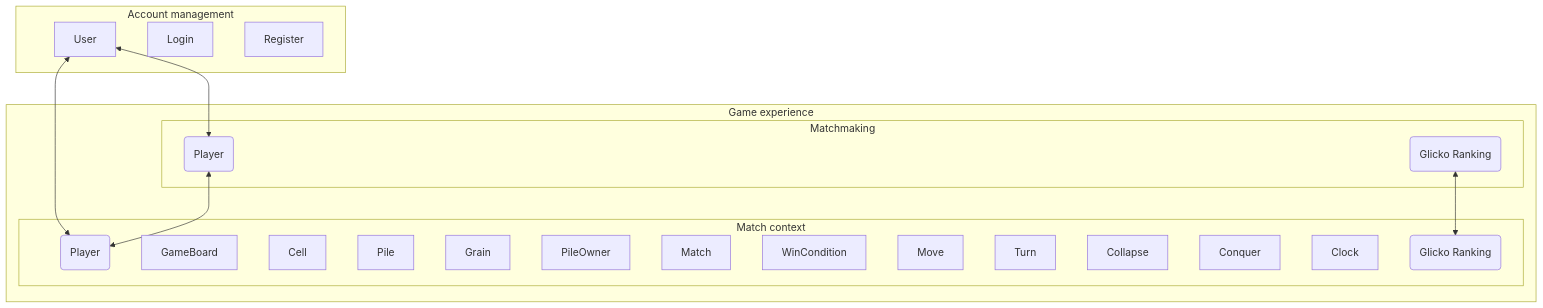
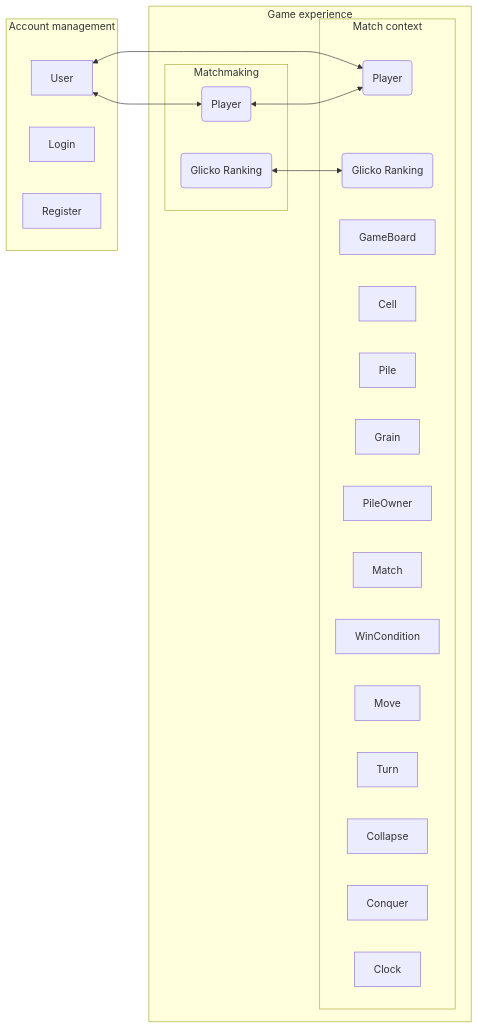
The second of 4 diagrams in docs/report.md (AndreaB2000/ASW-project), drawn with Mermaid before and after one commit. The commit also changed other lines of this file, not shown here.

Commit message:
docs: change mermaid graph to LR graph, add hexagonal architecture dependency graph, add some detailed domain

````diff
--- a/docs/report.md
+++ b/docs/report.md
@@ -192,33 +192,33 @@
 ```mermaid
-graph
+graph LR
    subgraph gameExperience["Game experience"]
       subgraph matchContext["Match context"]
          player1("Player")
+         glickoRanking1("Glicko Ranking")
          GameBoard
          Cell
          Pile
          Grain
          PileOwner
          Match
          WinCondition
          Move
          Turn
          Collapse
          Conquer
          Clock
-         glickoRanking1("Glicko Ranking")
       end
 
       subgraph matchMaking["Matchmaking"]
          glickoRanking2("Glicko Ranking") <--> glickoRanking1
          player2("Player") <--> player1
       end
    end
 
    subgraph accountManagement["Account management"]
       User <--> player1
       User <--> player2
       Login
       Register
    end
 ```
````
